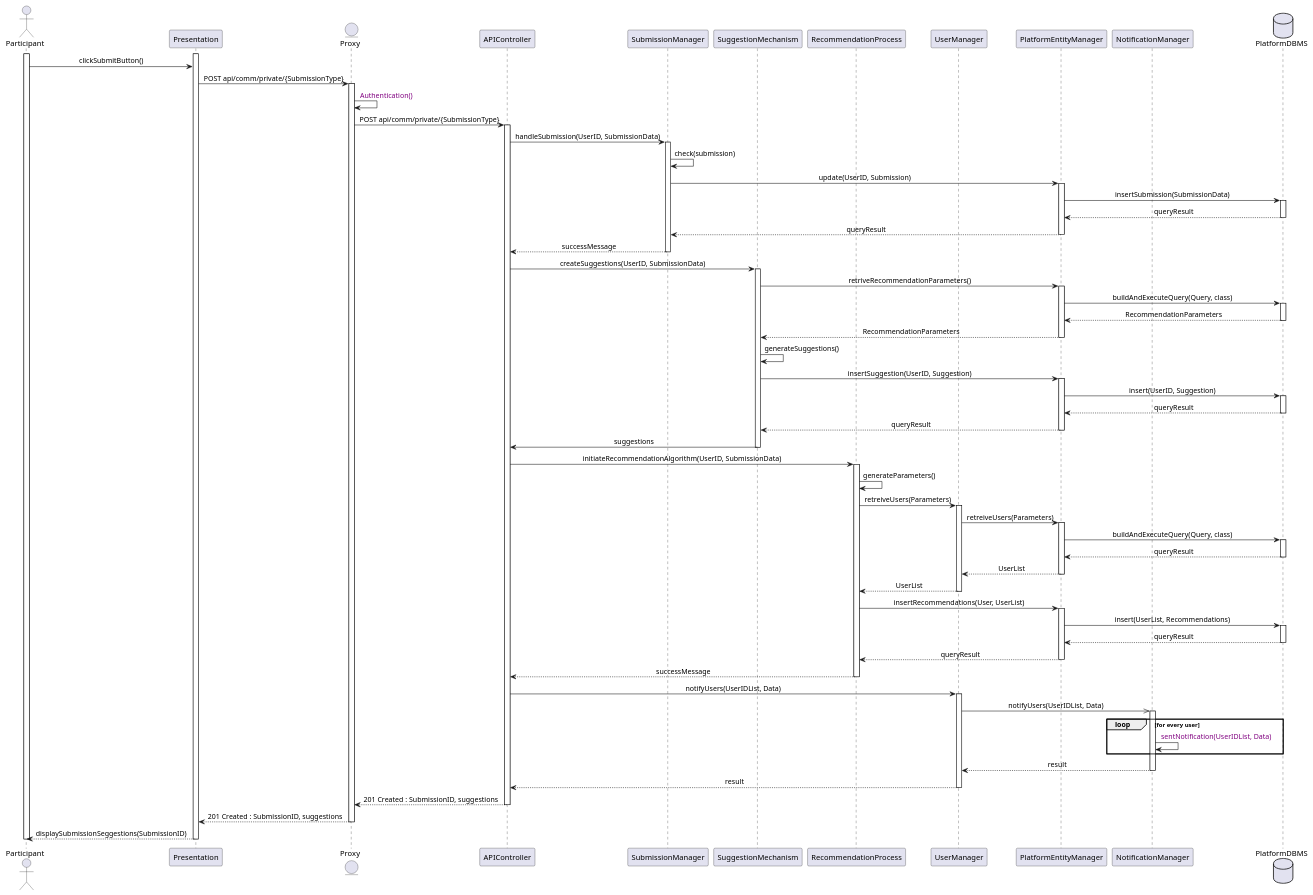
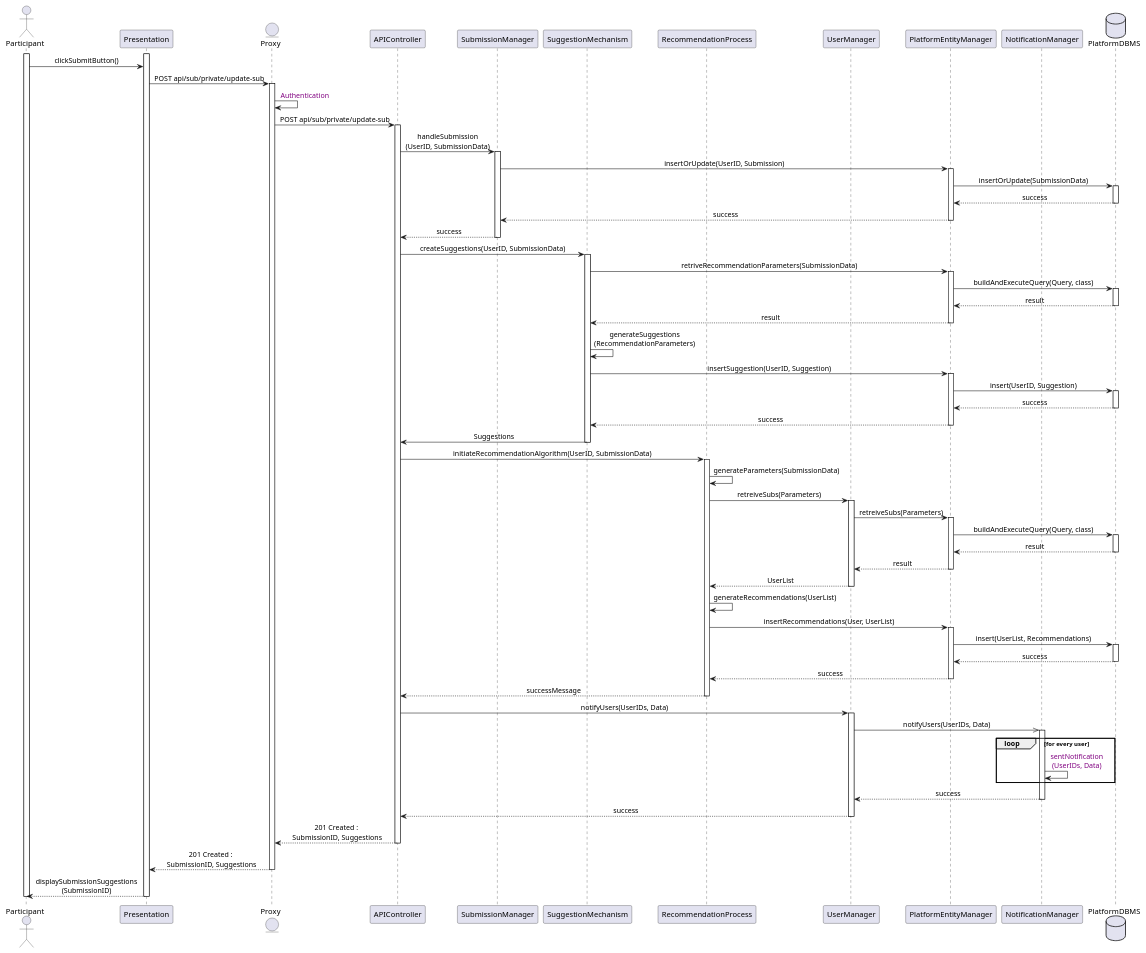
One commit to Slaitroc/RicciPaoliGrisoni changed the diagram in Diagrams/SequenceDiagrams/DD/3ParticipantSubmission.wsd. Above: the diagram before and after it, drawn with PlantUML.

Commit message:
Refactor 3ParticipantSubmission.wsd SequenceDiagram

```diff
--- a/Diagrams/SequenceDiagrams/DD/3ParticipantSubmission.wsd
+++ b/Diagrams/SequenceDiagrams/DD/3ParticipantSubmission.wsd
@@ -1,72 +1,73 @@
 @startuml ParticipantSubmission
 skinparam sequenceMessageAlign center
 actor       Participant
 participant Presentation
 entity      Proxy
 participant APIController
 participant SubmissionManager
 participant SuggestionMechanism
 participant RecommendationProcess
 participant UserManager
 participant PlatformEntityManager
 participant NotificationManager
 database    PlatformDBMS
 
 activate Participant
 activate Presentation
 Participant -> Presentation : clickSubmitButton()
-Presentation -> Proxy ++ : POST api/comm/private/{SubmissionType}
-Proxy -> Proxy  : <color:purple> Authentication()
-Proxy -> APIController ++ : POST api/comm/private/{SubmissionType}
-APIController -> SubmissionManager : handleSubmission(UserID, SubmissionData)
+Presentation -> Proxy ++ : POST api/sub/private/update-sub
+Proxy -> Proxy  : <color:purple> Authentication
+Proxy -> APIController ++ : POST api/sub/private/update-sub
+APIController -> SubmissionManager : handleSubmission\n(UserID, SubmissionData)
 activate SubmissionManager
-SubmissionManager -> SubmissionManager : check(submission)
-SubmissionManager -> PlatformEntityManager : update(UserID, Submission)
+' SubmissionManager -> SubmissionManager : check(submission)
+SubmissionManager -> PlatformEntityManager : insertOrUpdate(UserID, Submission)
 activate PlatformEntityManager
-PlatformEntityManager -> PlatformDBMS : insertSubmission(SubmissionData)
+PlatformEntityManager -> PlatformDBMS : insertOrUpdate(SubmissionData)
 activate PlatformDBMS
-PlatformDBMS --> PlatformEntityManager : queryResult
+PlatformDBMS --> PlatformEntityManager : success
 deactivate PlatformDBMS
-PlatformEntityManager --> SubmissionManager : queryResult
+PlatformEntityManager --> SubmissionManager : success 
 deactivate PlatformEntityManager
-SubmissionManager --> APIController : successMessage
+SubmissionManager --> APIController : success
 deactivate SubmissionManager
 APIController -> SuggestionMechanism ++ : createSuggestions(UserID, SubmissionData)
-SuggestionMechanism -> PlatformEntityManager ++ : retriveRecommendationParameters()
+SuggestionMechanism -> PlatformEntityManager ++ : retriveRecommendationParameters(SubmissionData)
 PlatformEntityManager -> PlatformDBMS ++ : buildAndExecuteQuery(Query, class)
-PlatformDBMS --> PlatformEntityManager -- : RecommendationParameters
-PlatformEntityManager --> SuggestionMechanism -- : RecommendationParameters
-SuggestionMechanism -> SuggestionMechanism : generateSuggestions()
+PlatformDBMS --> PlatformEntityManager -- : result
+PlatformEntityManager --> SuggestionMechanism -- : result
+SuggestionMechanism -> SuggestionMechanism : generateSuggestions\n(RecommendationParameters)
 SuggestionMechanism -> PlatformEntityManager ++ : insertSuggestion(UserID, Suggestion)
 PlatformEntityManager -> PlatformDBMS ++ : insert(UserID, Suggestion)
-PlatformDBMS --> PlatformEntityManager -- : queryResult
-PlatformEntityManager -->  SuggestionMechanism -- : queryResult
-SuggestionMechanism -> APIController -- : suggestions
+PlatformDBMS --> PlatformEntityManager -- : success
+PlatformEntityManager -->  SuggestionMechanism -- : success
+SuggestionMechanism -> APIController -- : Suggestions
 APIController -> RecommendationProcess ++ : initiateRecommendationAlgorithm(UserID, SubmissionData)
-RecommendationProcess -> RecommendationProcess : generateParameters()
-RecommendationProcess -> UserManager ++ : retreiveUsers(Parameters)
-UserManager -> PlatformEntityManager ++ : retreiveUsers(Parameters)
+RecommendationProcess -> RecommendationProcess : generateParameters(SubmissionData)
+RecommendationProcess -> UserManager ++ : retreiveSubs(Parameters)
+UserManager -> PlatformEntityManager ++ : retreiveSubs(Parameters)
 PlatformEntityManager -> PlatformDBMS ++ : buildAndExecuteQuery(Query, class)
-PlatformDBMS --> PlatformEntityManager -- : queryResult
-PlatformEntityManager --> UserManager -- : UserList
+PlatformDBMS --> PlatformEntityManager -- : result
+PlatformEntityManager --> UserManager -- : result
 UserManager --> RecommendationProcess -- : UserList
+RecommendationProcess -> RecommendationProcess : generateRecommendations(UserList)
 RecommendationProcess -> PlatformEntityManager ++ : insertRecommendations(User, UserList)
 PlatformEntityManager -> PlatformDBMS ++ : insert(UserList, Recommendations)
-PlatformDBMS --> PlatformEntityManager -- : queryResult
-PlatformEntityManager -->  RecommendationProcess -- : queryResult
+PlatformDBMS --> PlatformEntityManager -- : success
+PlatformEntityManager -->  RecommendationProcess -- : success
 RecommendationProcess --> APIController -- : successMessage
-APIController -> UserManager ++ : notifyUsers(UserIDList, Data)
-UserManager ->> NotificationManager ++ : notifyUsers(UserIDList, Data)
+APIController -> UserManager ++ : notifyUsers(UserIDs, Data)
+UserManager ->> NotificationManager ++ : notifyUsers(UserIDs, Data)
 loop for every user
-    NotificationManager -> NotificationManager : <color:purple> sentNotification(UserIDList, Data)
+    NotificationManager -> NotificationManager : <color:purple> sentNotification\n <color:purple>(UserIDs, Data)
 end
-NotificationManager --> UserManager -- : result
-UserManager --> APIController -- : result
-APIController --> Proxy : 201 Created : SubmissionID, suggestions
+NotificationManager --> UserManager -- : success
+UserManager --> APIController -- : success
+APIController --> Proxy : 201 Created :\n SubmissionID, Suggestions
 deactivate APIController
-Proxy --> Presentation : 201 Created : SubmissionID, suggestions
+Proxy --> Presentation : 201 Created :\n SubmissionID, Suggestions
 deactivate Proxy
-Presentation --> Participant : displaySubmissionSeggestions(SubmissionID)
+Presentation --> Participant : displaySubmissionSuggestions\n(SubmissionID)
 deactivate Presentation
 deactivate Participant
 @enduml
```
